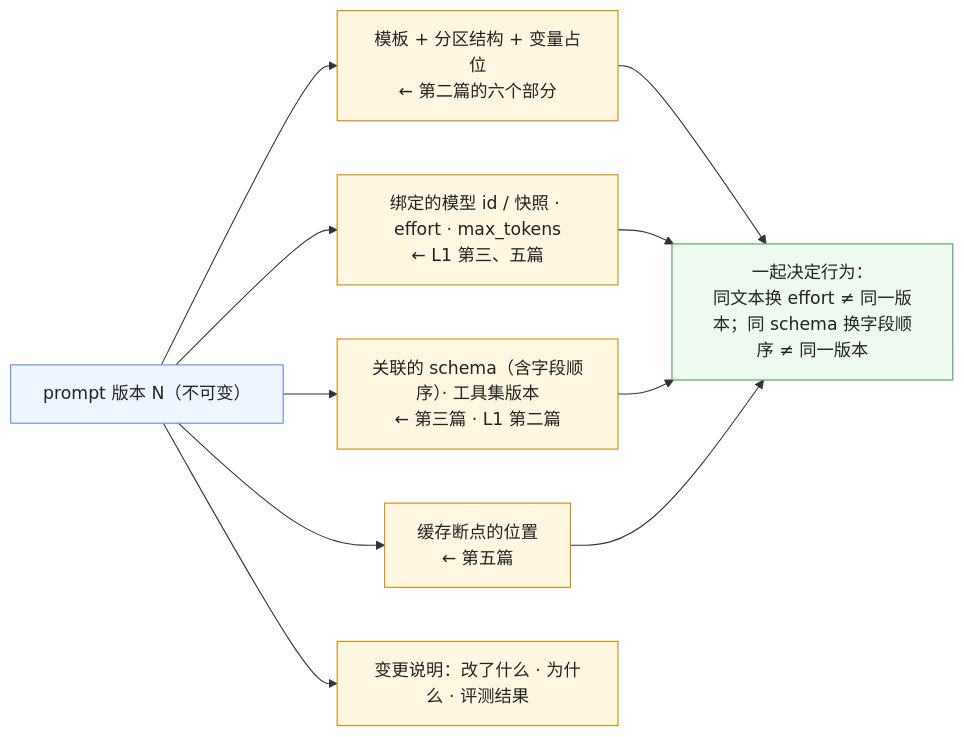
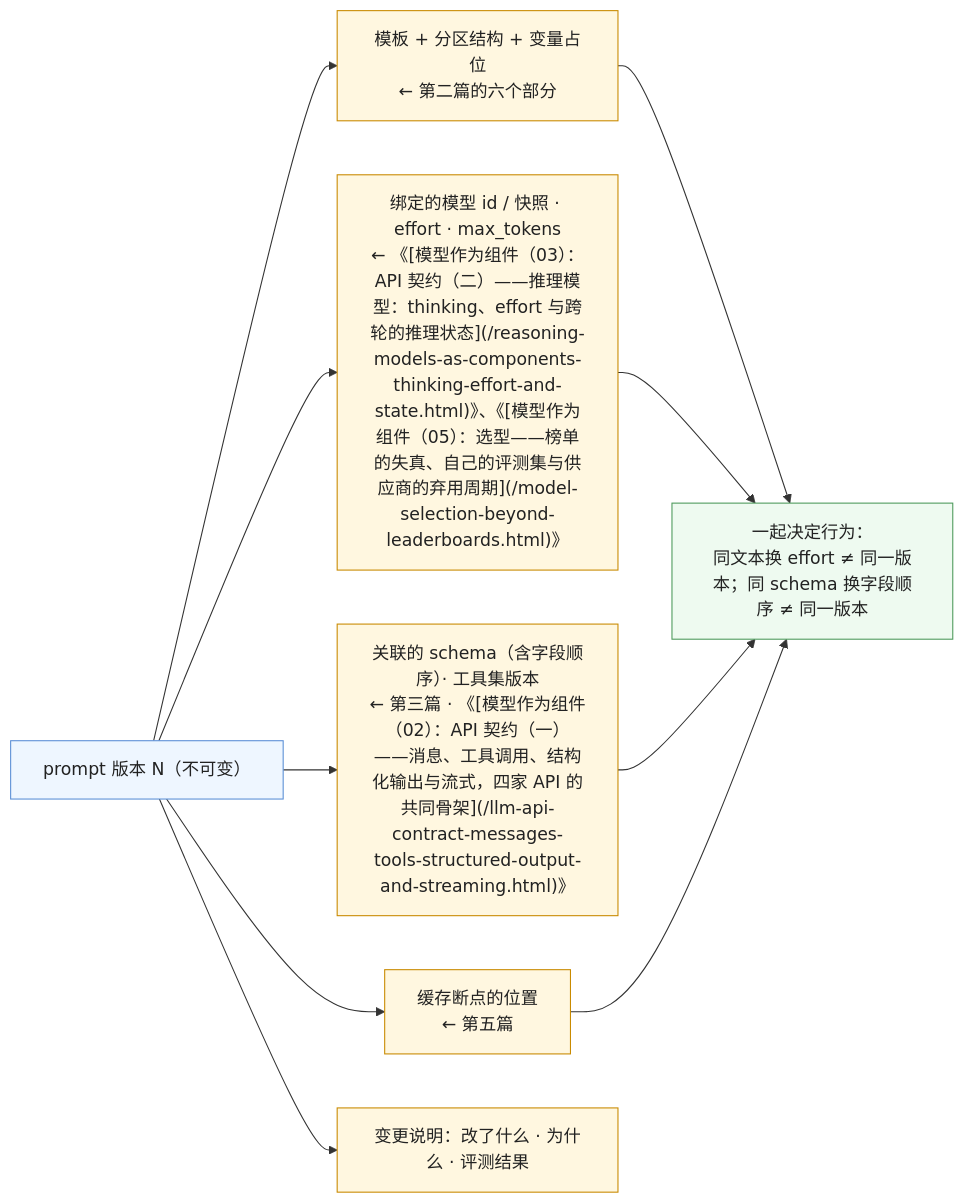
One commit to arganzheng/arganzheng.github.com changed the third of 6 diagrams in _posts/2026-10-11-prompts-as-code-versioning-evals-and-context-vs-retrieval.md. Above: the diagram before and after it, drawn with Mermaid. The commit also changed other lines of this file and 128 other files, not shown here.

Commit message:
（01）预训练端到端：MPS 定义、Common Crawl 配比列表、六章改名「定长的训练样本」补切碎文档的说明与打包示意图、自测竖线转义（#245）；全站 L 层简写引用换成《系列名》链接（#244）

````diff
--- a/_posts/2026-10-11-prompts-as-code-versioning-evals-and-context-vs-retrieval.md
+++ b/_posts/2026-10-11-prompts-as-code-versioning-evals-and-context-vs-retrieval.md
@@ -103,17 +103,17 @@
 ```mermaid
 %% 图：一个 prompt 版本工件里有什么，各来自前面哪一篇——模板与分区（第二篇的模式）、绑定的模型快照与 effort（L1）、schema 与字段顺序（第三篇）、工具集版本、缓存断点位置（第五篇）、变更说明与评测结果；它们一起决定行为，所以一起版本化
 flowchart LR
     W["prompt 版本 N（不可变）"]
     W --> T["模板 + 分区结构 + 变量占位<br/>← 第二篇的六个部分"]
-    W --> M["绑定的模型 id / 快照 · effort · max_tokens<br/>← L1 第三、五篇"]
-    W --> S["关联的 schema（含字段顺序）· 工具集版本<br/>← 第三篇 · L1 第二篇"]
+    W --> M["绑定的模型 id / 快照 · effort · max_tokens<br/>← 《[模型作为组件（03）：API 契约（二）——推理模型：thinking、effort 与跨轮的推理状态](/reasoning-models-as-components-thinking-effort-and-state.html)》、《[模型作为组件（05）：选型——榜单的失真、自己的评测集与供应商的弃用周期](/model-selection-beyond-leaderboards.html)》"]
+    W --> S["关联的 schema（含字段顺序）· 工具集版本<br/>← 第三篇 · 《[模型作为组件（02）：API 契约（一）——消息、工具调用、结构化输出与流式，四家 API 的共同骨架](/llm-api-contract-messages-tools-structured-output-and-streaming.html)》"]
     W --> C["缓存断点的位置<br/>← 第五篇"]
     W --> N["变更说明：改了什么 · 为什么 · 评测结果"]
     T & M & S & C --> B["一起决定行为：<br/>同文本换 effort ≠ 同一版本；同 schema 换字段顺序 ≠ 同一版本"]
     classDef root fill:#eef6ff,stroke:#5b8fd6,color:#222
     classDef part fill:#fff7e0,stroke:#c98a00,color:#222
     classDef n fill:#eefaf0,stroke:#4d9a5c,color:#222
     class W root
     class T,M,S,C,N part
     class B n
 ```
````
